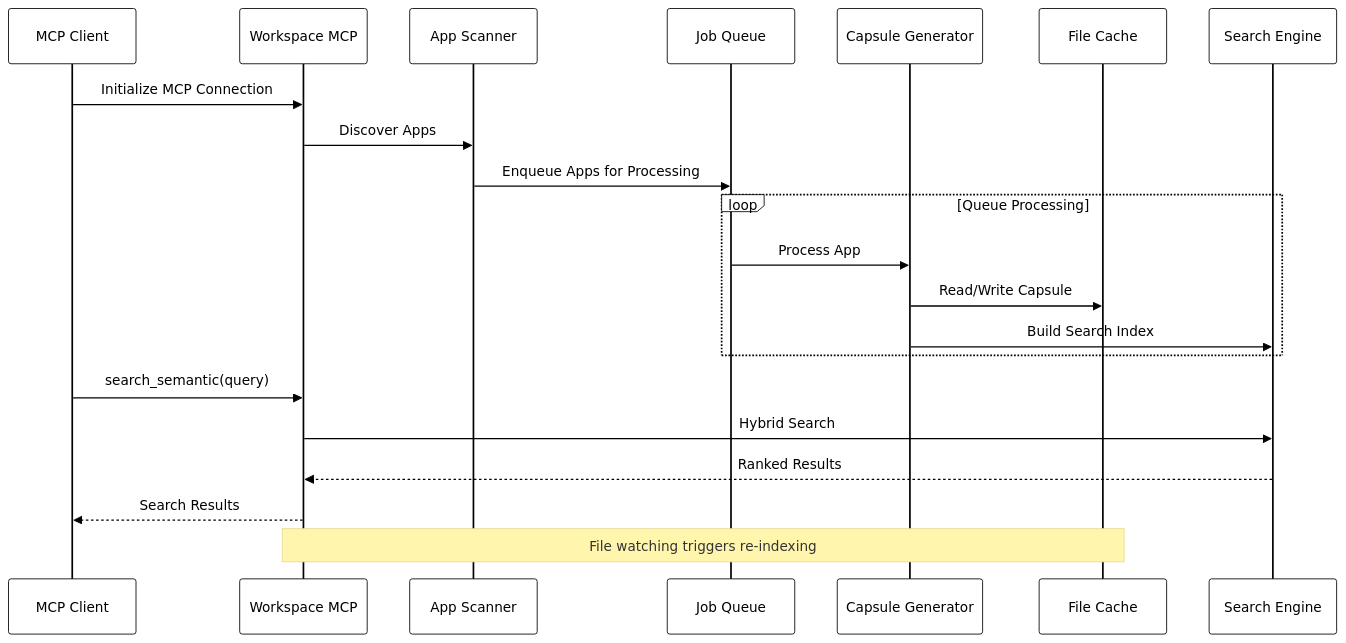
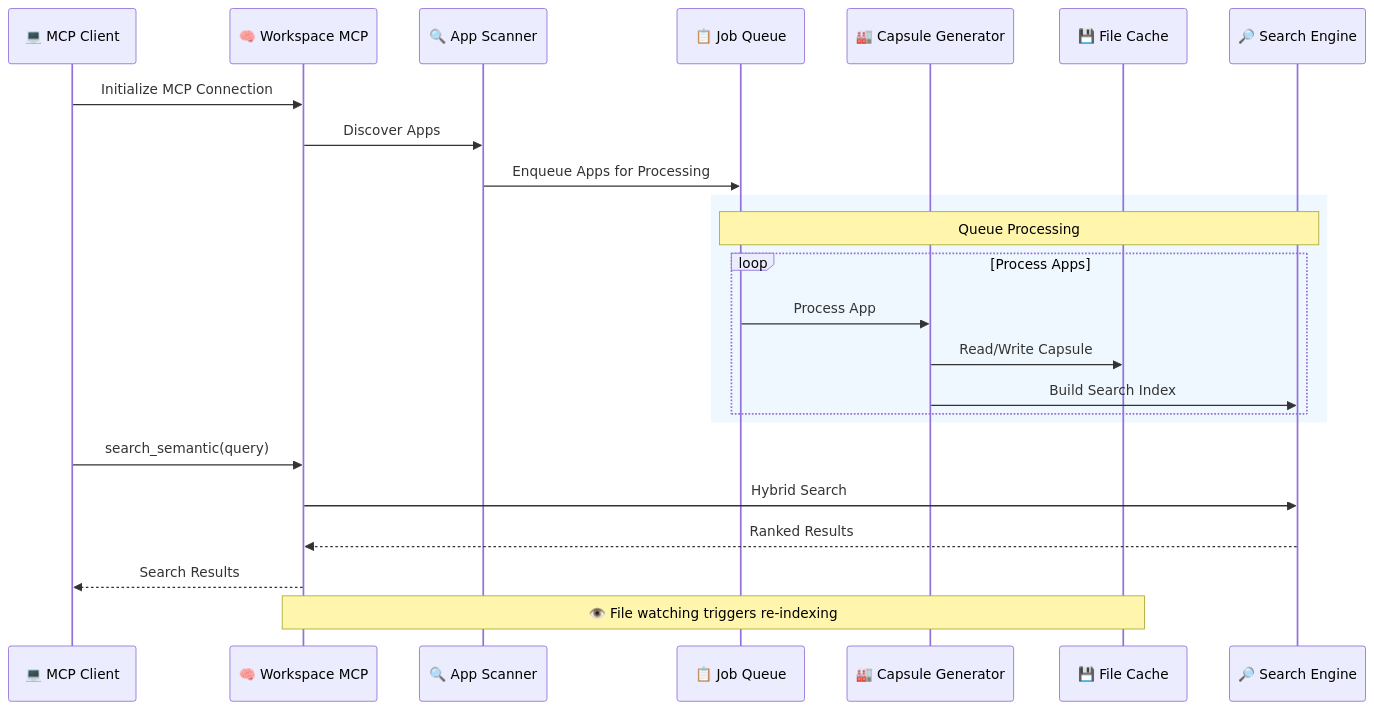
Before and after one commit to atifshafi/workspace-mcp: the third of 5 diagrams in README.md, drawn with Mermaid. The commit also changed other lines of this file and 1 other file, not shown here.

First line of the commit message:
🔧 Fix Mermaid diagrams for GitHub compatibility

````diff
--- a/README.md
+++ b/README.md
@@ -197,28 +207,30 @@
 ```mermaid
-%%{init: {"theme": "base", "themeVariables": {"primaryColor": "#ffffff", "primaryTextColor": "#000000", "primaryBorderColor": "#000000", "lineColor": "#000000", "secondaryColor": "#f0f0f0", "tertiaryColor": "#ffffff", "background": "#ffffff", "mainBkg": "#ffffff", "secondaryTextColor": "#000000", "tertiaryTextColor": "#000000", "fontSize": "14px"}} }%%
 sequenceDiagram
-    participant Client as MCP Client
-    participant Server as Workspace MCP
-    participant Scanner as App Scanner
-    participant Queue as Job Queue
-    participant Generator as Capsule Generator
-    participant Cache as File Cache
-    participant Search as Search Engine
+    participant Client as 💻 MCP Client
+    participant Server as 🧠 Workspace MCP
+    participant Scanner as 🔍 App Scanner
+    participant Queue as 📋 Job Queue
+    participant Generator as 🏭 Capsule Generator
+    participant Cache as 💾 File Cache
+    participant Search as 🔎 Search Engine
 
     Client->>Server: Initialize MCP Connection
     Server->>Scanner: Discover Apps
     Scanner->>Queue: Enqueue Apps for Processing
     
-    loop Queue Processing
-        Queue->>Generator: Process App
-        Generator->>Cache: Read/Write Capsule
-        Generator->>Search: Build Search Index
+    rect rgb(240, 248, 255)
+        Note over Queue,Search: Queue Processing
+        loop Process Apps
+            Queue->>Generator: Process App
+            Generator->>Cache: Read/Write Capsule
+            Generator->>Search: Build Search Index
+        end
     end
     
     Client->>Server: search_semantic(query)
     Server->>Search: Hybrid Search
     Search-->>Server: Ranked Results
     Server-->>Client: Search Results
     
-    Note over Server, Cache: File watching triggers re-indexing
+    Note over Server, Cache: 👁️ File watching triggers re-indexing
 ```
````
